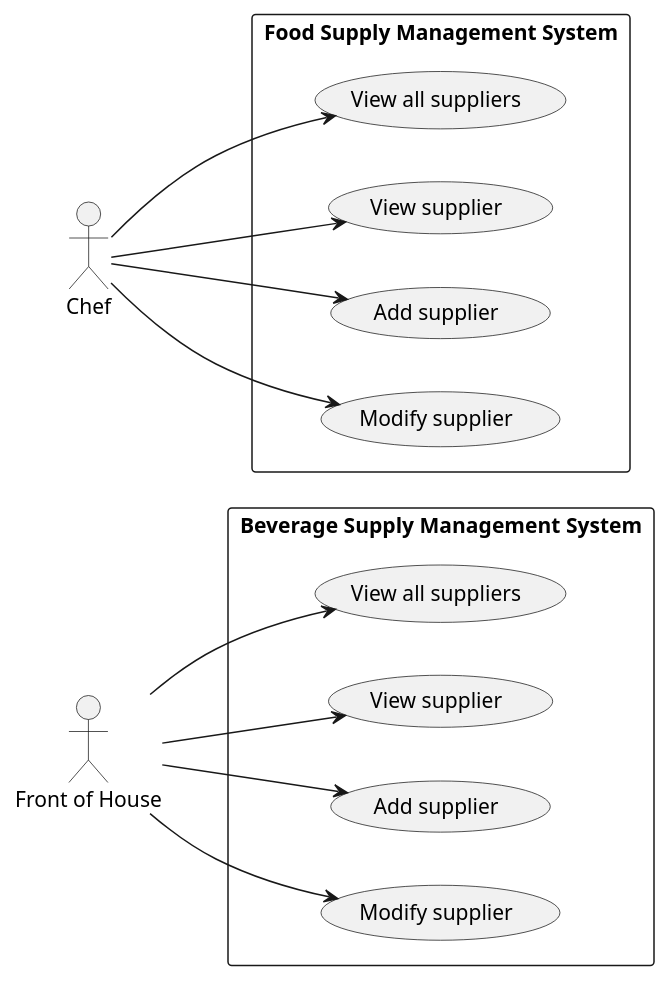
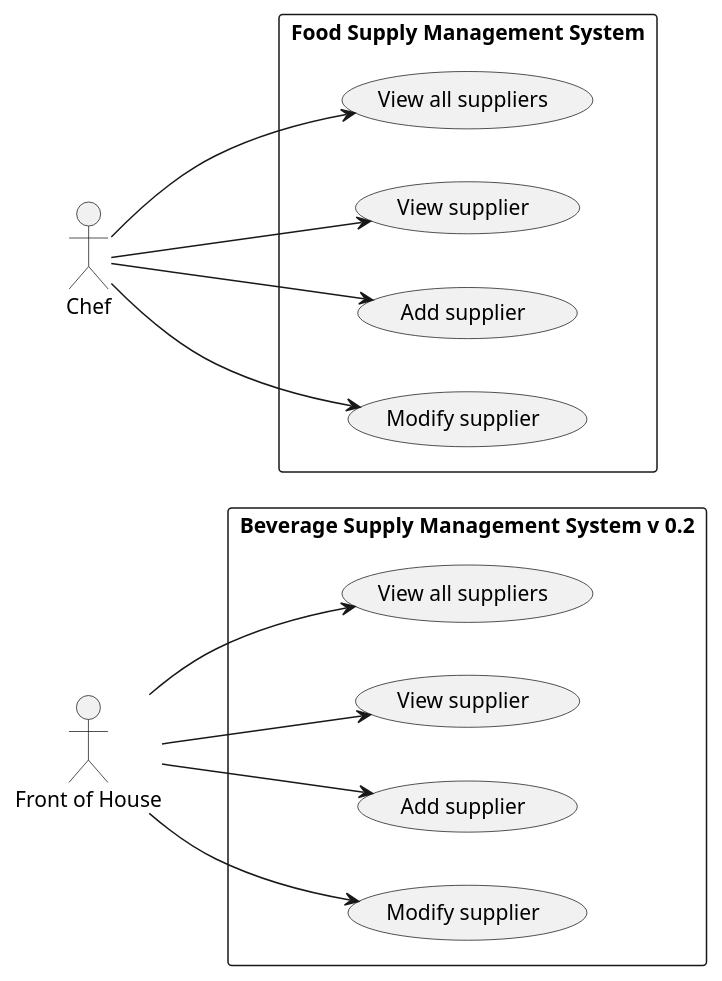
One commit to mrjink/molveno changed the diagram in src/main/docs/uml/use-case/restaurant/supplier.puml. Above: the diagram before and after it, drawn with PlantUML. The commit also changed 6 other files, not shown here.

```diff
--- a/src/main/docs/uml/use-case/restaurant/supplier.puml
+++ b/src/main/docs/uml/use-case/restaurant/supplier.puml
@@ -1,32 +1,32 @@
 @startuml
 
 left to right direction
 
 actor "Front of House" as FoH
 actor Chef
 
-rectangle "Beverage Supply Management System" {
+rectangle "Beverage Supply Management System v 0.2" {
     (View all suppliers) as (BarSupplyAll)
     (View supplier) as (BarSupplyView)
     (Add supplier) as (BarSupplyAdd)
     (Modify supplier) as (BarSupplyUpdate)
 
     FoH --> (BarSupplyAll)
     FoH --> (BarSupplyView)
     FoH --> (BarSupplyAdd)
     FoH --> (BarSupplyUpdate)
 }
 
 rectangle "Food Supply Management System" {
     (View all suppliers) as (RestaurantSupplyAll)
     (View supplier) as (RestaurantSupplyView)
     (Add supplier) as (RestaurantSupplyAdd)
     (Modify supplier) as (RestaurantSupplyUpdate)
 
     Chef --> (RestaurantSupplyAll)
     Chef --> (RestaurantSupplyView)
     Chef --> (RestaurantSupplyAdd)
     Chef --> (RestaurantSupplyUpdate)
 }
 
 @enduml
```
